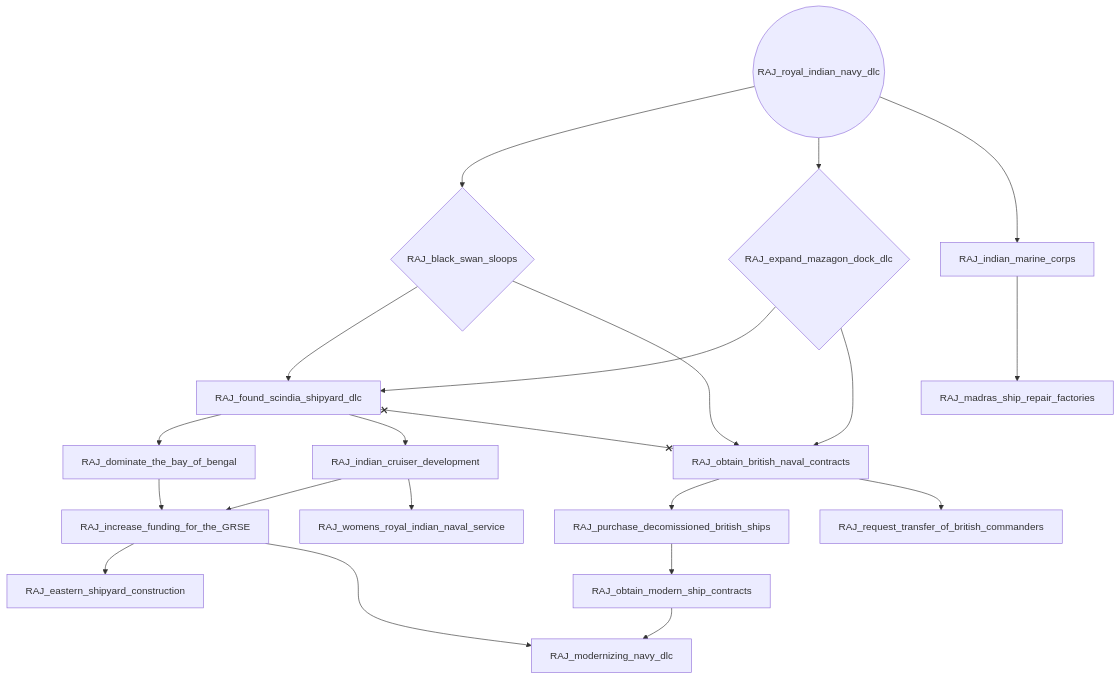
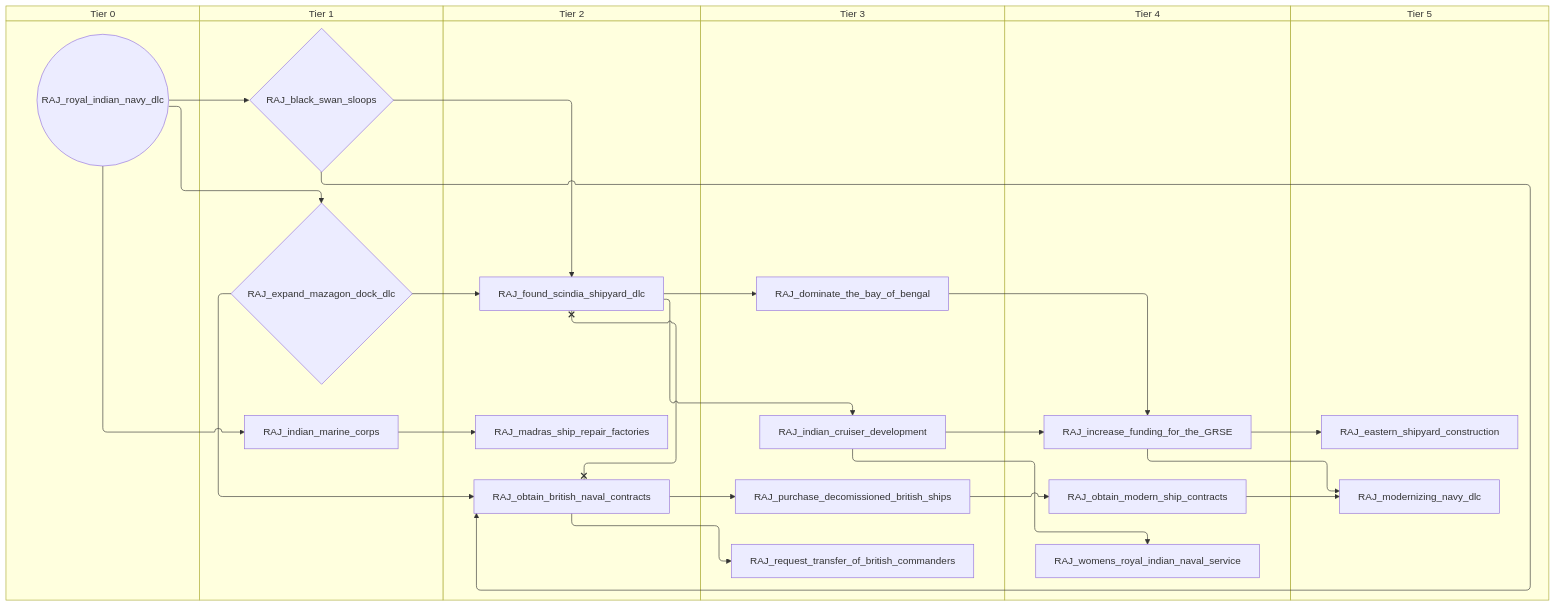
Before and after one commit to evgeny-sobol/hoi4-sandbox-mode-r56: diagram 13 of 13 in docs/gdd/National Focuses/r56/india_goe.md, drawn with Mermaid. The commit also changed other lines of this file and 423 other files, not shown here.

First line of the commit message:
Re-export Rt56 focus trees as swimlane diagrams

````diff
--- a/docs/gdd/National Focuses/r56/india_goe.md
+++ b/docs/gdd/National Focuses/r56/india_goe.md
@@ -1042,39 +1206,51 @@
 ```mermaid
-flowchart TD
-    n398{"RAJ_black_swan_sloops"}
-    n399["RAJ_dominate_the_bay_of_bengal"]
-    n400["RAJ_eastern_shipyard_construction"]
-    n401{"RAJ_expand_mazagon_dock_dlc"}
-    n402["RAJ_found_scindia_shipyard_dlc"]
-    n403["RAJ_increase_funding_for_the_GRSE"]
-    n404["RAJ_indian_cruiser_development"]
-    n405["RAJ_indian_marine_corps"]
-    n406["RAJ_madras_ship_repair_factories"]
-    n407["RAJ_modernizing_navy_dlc"]
-    n408["RAJ_obtain_british_naval_contracts"]
-    n409["RAJ_obtain_modern_ship_contracts"]
-    n410["RAJ_purchase_decomissioned_british_ships"]
-    n411["RAJ_request_transfer_of_british_commanders"]
-    n412(("RAJ_royal_indian_navy_dlc"))
-    n413["RAJ_womens_royal_indian_naval_service"]
-    n412 --> n398
-    n402 --> n399
-    n403 --> n400
-    n412 --> n401
-    n398 --> n402
-    n401 --> n402
-    n399 --> n403
-    n404 --> n403
-    n402 --> n404
-    n412 --> n405
-    n405 --> n406
-    n409 --> n407
-    n403 --> n407
-    n398 --> n408
-    n401 --> n408
-    n410 --> n409
-    n408 --> n410
-    n408 --> n411
-    n404 --> n413
-    n402 x--x n408
+swimlane-beta TD
+    subgraph tier_0["Tier 0"]
+        n398(("RAJ_royal_indian_navy_dlc"))
+    end
+    subgraph tier_1["Tier 1"]
+        n399{"RAJ_black_swan_sloops"}
+        n400{"RAJ_expand_mazagon_dock_dlc"}
+        n401["RAJ_indian_marine_corps"]
+    end
+    subgraph tier_2["Tier 2"]
+        n402["RAJ_found_scindia_shipyard_dlc"]
+        n403["RAJ_madras_ship_repair_factories"]
+        n404["RAJ_obtain_british_naval_contracts"]
+    end
+    subgraph tier_3["Tier 3"]
+        n405["RAJ_dominate_the_bay_of_bengal"]
+        n406["RAJ_indian_cruiser_development"]
+        n407["RAJ_purchase_decomissioned_british_ships"]
+        n408["RAJ_request_transfer_of_british_commanders"]
+    end
+    subgraph tier_4["Tier 4"]
+        n409["RAJ_increase_funding_for_the_GRSE"]
+        n410["RAJ_obtain_modern_ship_contracts"]
+        n411["RAJ_womens_royal_indian_naval_service"]
+    end
+    subgraph tier_5["Tier 5"]
+        n412["RAJ_eastern_shipyard_construction"]
+        n413["RAJ_modernizing_navy_dlc"]
+    end
+    n398 --> n399
+    n402 --> n405
+    n409 --> n412
+    n398 --> n400
+    n399 --> n402
+    n400 --> n402
+    n405 --> n409
+    n406 --> n409
+    n402 --> n406
+    n398 --> n401
+    n401 --> n403
+    n410 --> n413
+    n409 --> n413
+    n399 --> n404
+    n400 --> n404
+    n407 --> n410
+    n404 --> n407
+    n404 --> n408
+    n406 --> n411
+    n402 x--x n404
 ```
````
